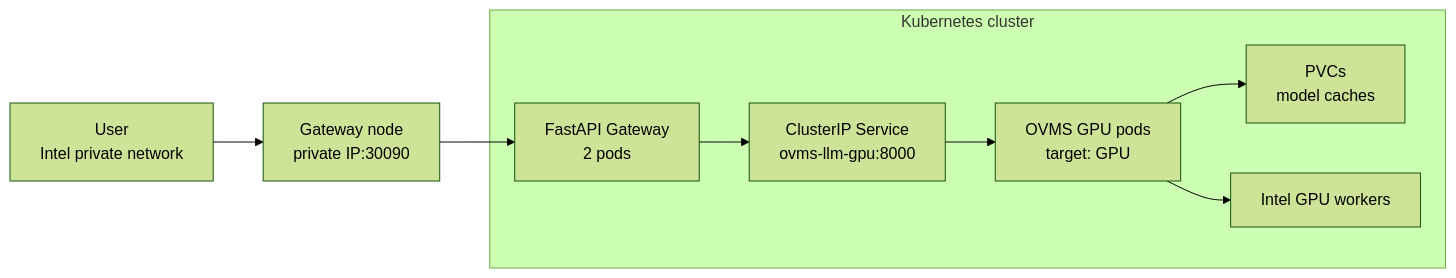
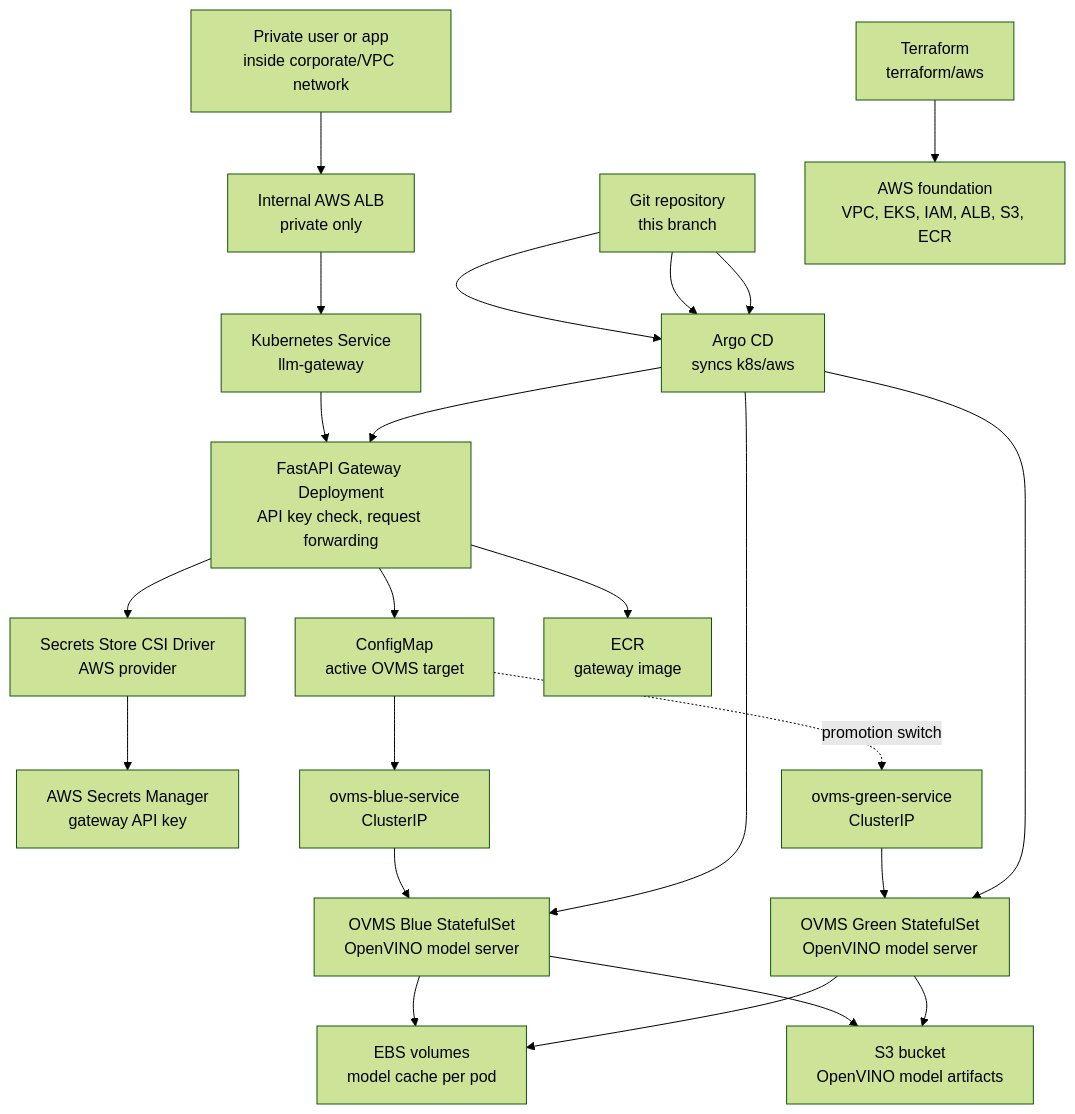
One commit to tusharkrbarman/k8s changed the diagram in README.md. Above: the diagram before and after it, drawn with Mermaid (forest theme). The commit also changed other lines of this file, not shown here.

Commit message:
Update README for AWS EKS architecture

````diff
--- a/README.md
+++ b/README.md
@@ -13,17 +26,38 @@
 ```mermaid
-flowchart LR
-    U["User<br/>Intel private network"] --> NP["Gateway node<br/>private IP:30090"]
-    NP --> G["FastAPI Gateway<br/>2 pods"]
-    G --> SVC["ClusterIP Service<br/>ovms-llm-gpu:8000"]
-    SVC --> OVMS["OVMS GPU pods<br/>target: GPU"]
-    OVMS --> PVC["PVCs<br/>model caches"]
-    OVMS --> GPU["Intel GPU workers"]
+flowchart TB
+    User["Private user or app<br/>inside corporate/VPC network"]
+    ALB["Internal AWS ALB<br/>private only"]
+    GatewaySvc["Kubernetes Service<br/>llm-gateway"]
+    GatewayPods["FastAPI Gateway Deployment<br/>API key check, request forwarding"]
+    SecretCSI["Secrets Store CSI Driver<br/>AWS provider"]
+    SecretsManager["AWS Secrets Manager<br/>gateway API key"]
+    ConfigMap["ConfigMap<br/>active OVMS target"]
+    BlueSvc["ovms-blue-service<br/>ClusterIP"]
+    GreenSvc["ovms-green-service<br/>ClusterIP"]
+    BlueOVMS["OVMS Blue StatefulSet<br/>OpenVINO model server"]
+    GreenOVMS["OVMS Green StatefulSet<br/>OpenVINO model server"]
+    EBS["EBS volumes<br/>model cache per pod"]
+    S3["S3 bucket<br/>OpenVINO model artifacts"]
+    ECR["ECR<br/>gateway image"]
+    Argo["Argo CD<br/>syncs k8s/aws"]
+    Git["Git repository<br/>this branch"]
+    Terraform["Terraform<br/>terraform/aws"]
+    AWSInfra["AWS foundation<br/>VPC, EKS, IAM, ALB, S3, ECR"]
 
-    subgraph K8S["Kubernetes cluster"]
-        G
-        SVC
-        OVMS
-        PVC
-        GPU
-    end
+    User --> ALB --> GatewaySvc --> GatewayPods
+    GatewayPods --> ConfigMap
+    GatewayPods --> SecretCSI --> SecretsManager
+    ConfigMap --> BlueSvc
+    ConfigMap -. "promotion switch" .-> GreenSvc
+    BlueSvc --> BlueOVMS
+    GreenSvc --> GreenOVMS
+    BlueOVMS --> EBS
+    GreenOVMS --> EBS
+    BlueOVMS --> S3
+    GreenOVMS --> S3
+    GatewayPods --> ECR
+    Git --> Argo --> GatewayPods
+    Git --> Argo --> BlueOVMS
+    Git --> Argo --> GreenOVMS
+    Terraform --> AWSInfra
 ```
````
